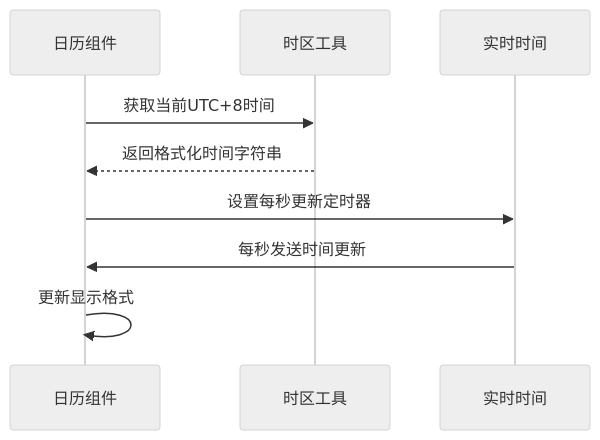
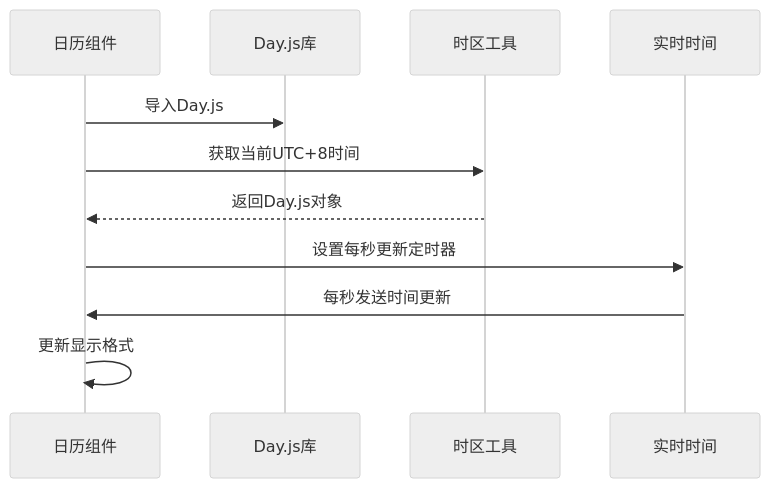
The fifth of 10 diagrams in .qoder/repowiki/zh/content/架构设计/数据层架构设计/时区工具模块.md (xiao-lin-unit/yuan), drawn with Mermaid (neutral theme) before and after one commit. The commit also changed other lines of this file and 9 other files, not shown here.

````diff
--- a/.qoder/repowiki/zh/content/架构设计/数据层架构设计/时区工具模块.md
+++ b/.qoder/repowiki/zh/content/架构设计/数据层架构设计/时区工具模块.md
@@ -185,11 +199,13 @@
 ```mermaid
 sequenceDiagram
 participant UI as 日历组件
+participant DAYJS as Day.js库
 participant TZ as 时区工具
 participant TIME as 实时时间
+UI->>DAYJS : 导入Day.js
 UI->>TZ : 获取当前UTC+8时间
-TZ-->>UI : 返回格式化时间字符串
+TZ-->>UI : 返回Day.js对象
 UI->>TIME : 设置每秒更新定时器
 TIME->>UI : 每秒发送时间更新
 UI->>UI : 更新显示格式
 ```
````
